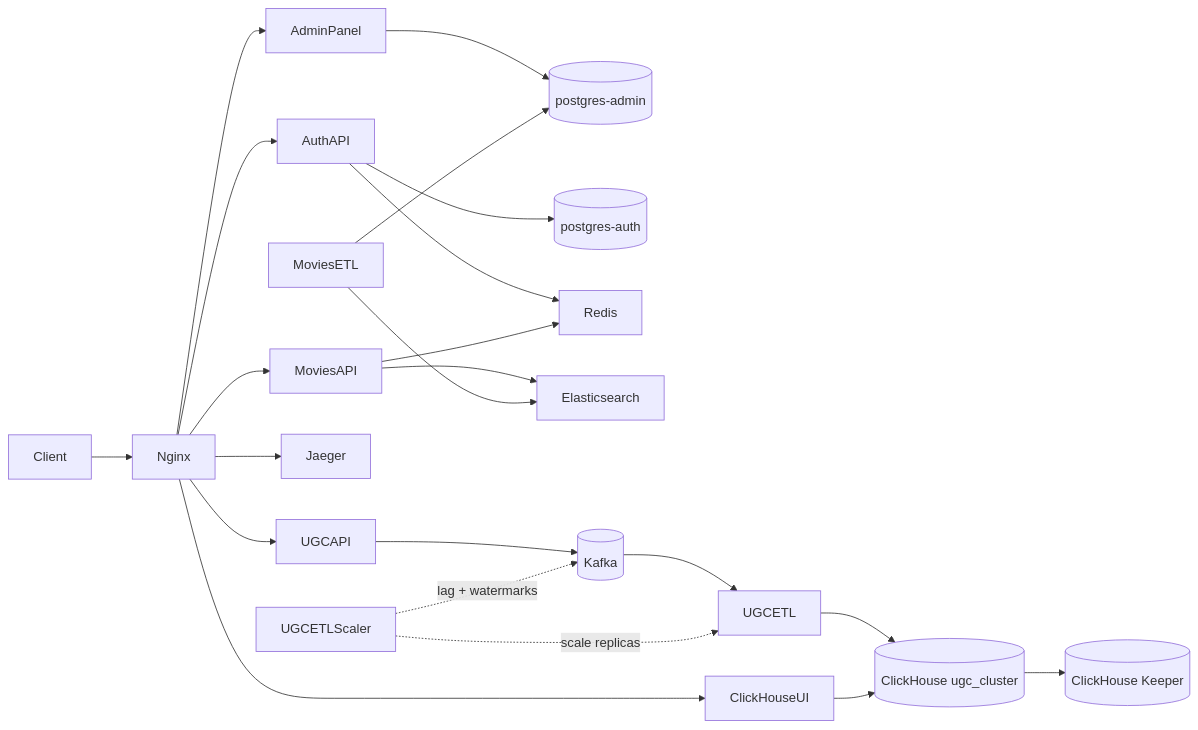
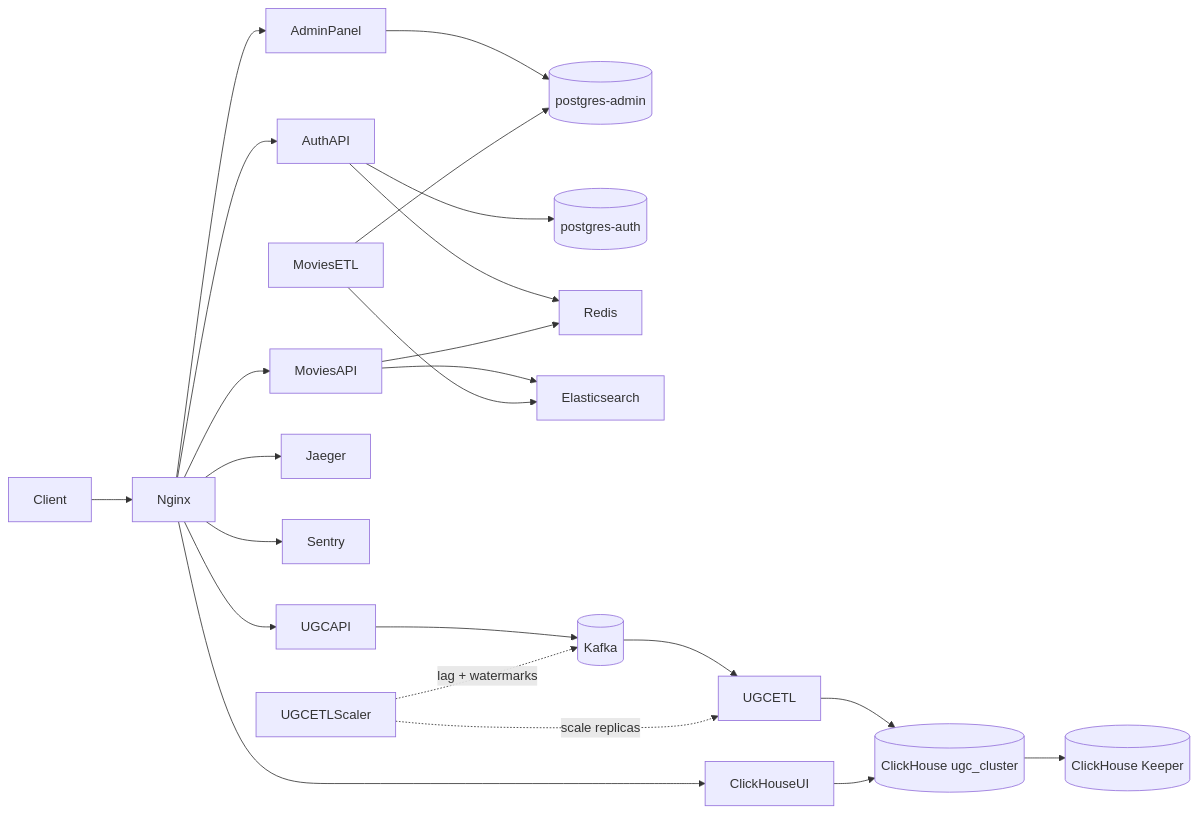
The diagram in README.en.md (rock4ts/movies_portfolio), drawn with Mermaid before and after one commit. The commit also changed other lines of this file and 4 other files, not shown here.

````diff
--- a/README.en.md
+++ b/README.en.md
@@ -12,25 +12,26 @@
 ```mermaid
 flowchart LR
     Client --> Nginx
     Nginx --> AdminPanel
     Nginx --> MoviesAPI
     Nginx --> AuthAPI
     Nginx --> UGCAPI
     Nginx --> Jaeger
+    Nginx --> Sentry
     Nginx --> ClickHouseUI
 
     AdminPanel --> PostgresAdmin[(postgres-admin)]
     AuthAPI --> PostgresAuth[(postgres-auth)]
     AuthAPI --> Redis
     MoviesAPI --> Redis
     MoviesAPI --> Elasticsearch
     MoviesETL --> PostgresAdmin
     MoviesETL --> Elasticsearch
     UGCAPI --> Kafka[(Kafka)]
     Kafka --> UGCETL
     UGCETL --> ClickHouse[(ClickHouse ugc_cluster)]
     UGCETLScaler -.->|lag + watermarks| Kafka
     UGCETLScaler -.->|scale replicas| UGCETL
     ClickHouseUI --> ClickHouse[(ClickHouse ugc_cluster)]
     ClickHouse --> Keeper[(ClickHouse Keeper)]
 ```
````
